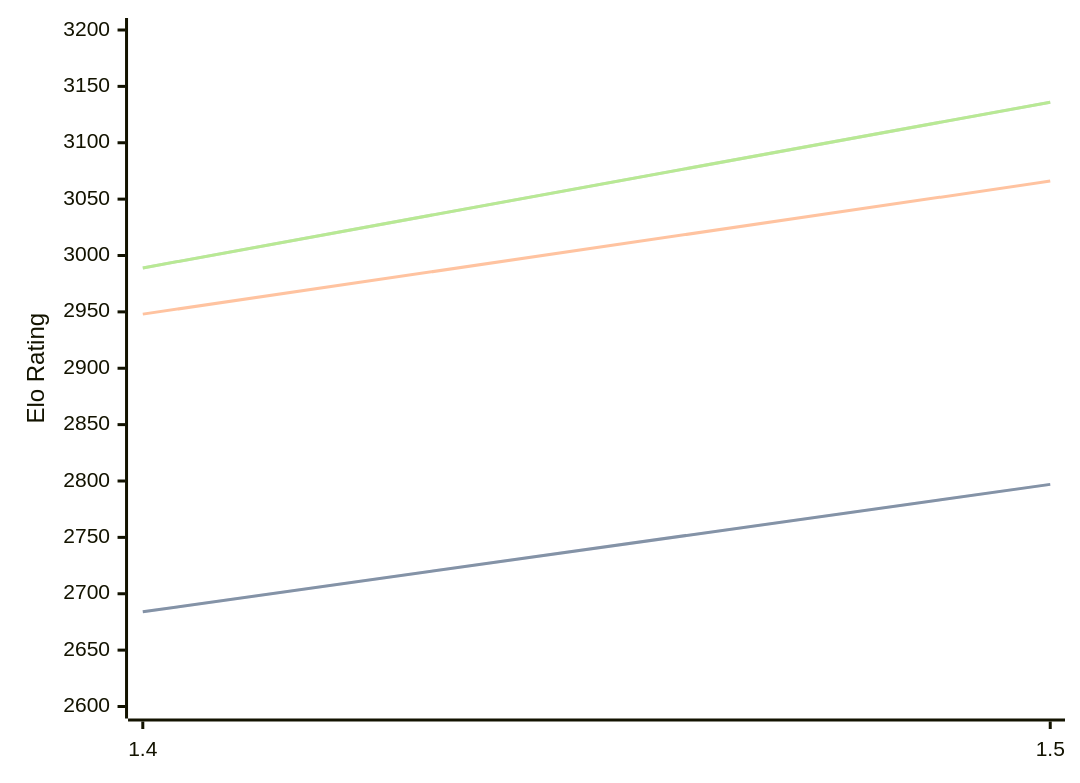
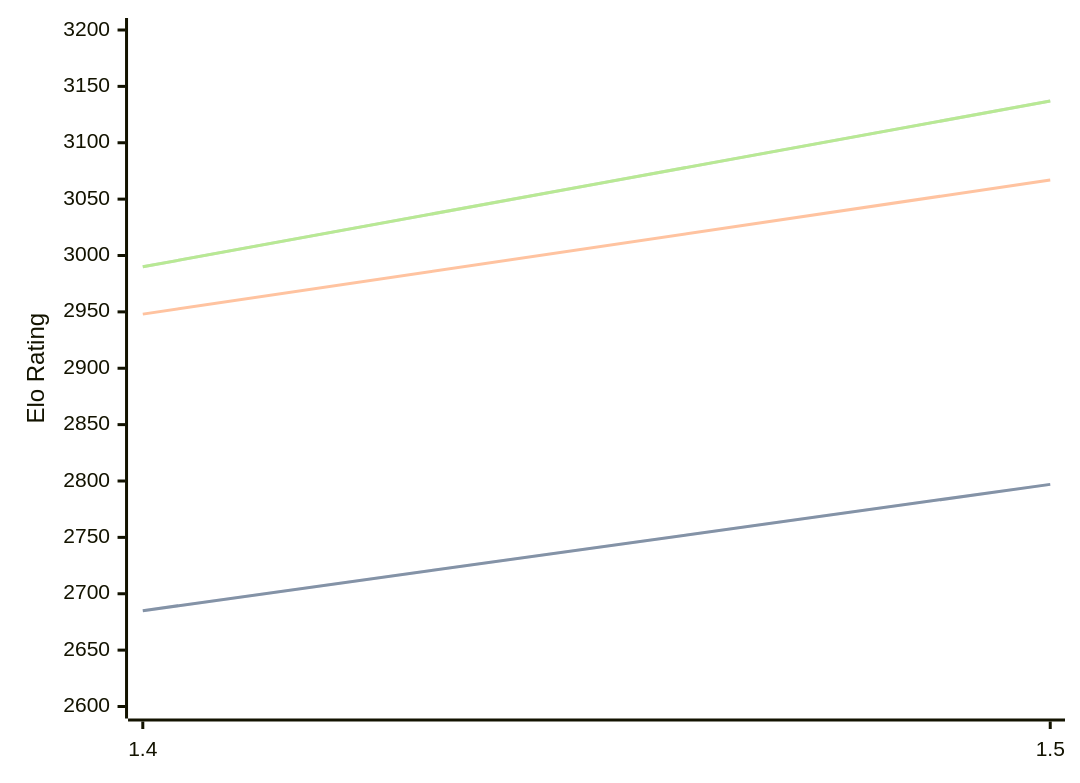
Before and after one commit to computer-chess-index/cci: the diagram in engines/Yakka.md, drawn with Mermaid. The commit also changed other lines of this file, not shown here.

Commit message:
Update CCI Ratings (ELO VLTC) - 2026-04-13

````diff
--- a/engines/Yakka.md
+++ b/engines/Yakka.md
@@ -36,11 +36,11 @@
 ```mermaid
 %%{init: {"theme":"base","themeVariables":{"seriesColors:['#a3a3a3','#222221','#faa371']}}}%%
 xychart-beta
   x-axis ["1.4", "1.5"]
   y-axis "Elo Rating" 2600 --> 3200
-  line "STC (8.0+0.08s)" [2684, 2797]
-  line "STC (8.0+0.08s)" [2684, 2797]
-  line "LTC (60.0+0.60s)" [2948, 3066]
-  line "VLTC (2m24s+1.12s)" [2989, 3136]
-  line "VLTC (2m24s+1.12s)" [2989, 3136]
+  line "STC (8.0+0.08s)" [2685, 2797]
+  line "STC (8.0+0.08s)" [2685, 2797]
+  line "LTC (60.0+0.60s)" [2948, 3067]
+  line "VLTC (2m24s+1.12s)" [2990, 3137]
+  line "VLTC (2m24s+1.12s)" [2990, 3137]
 ```
````
